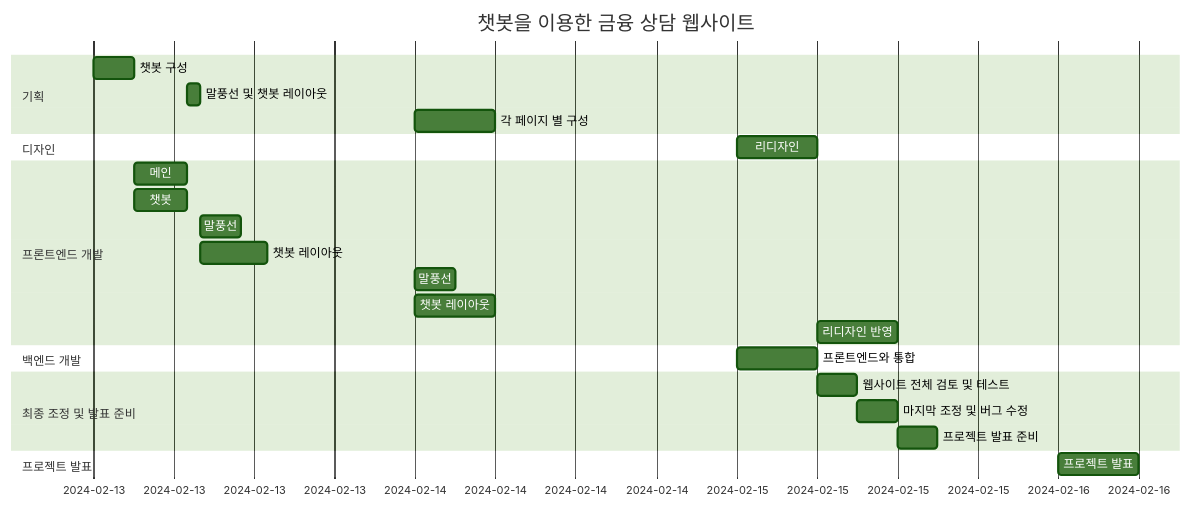
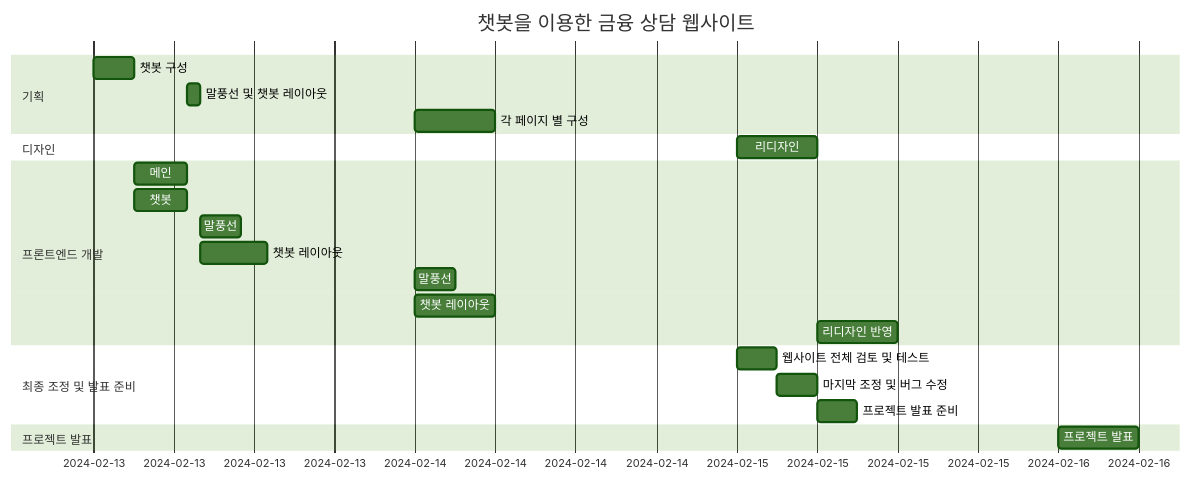
One commit to daisybum/orm-project1 changed the second of 2 diagrams in README.md. Above: the diagram before and after it, drawn with Mermaid (forest theme).

````diff
--- a/README.md
+++ b/README.md
@@ -82,33 +82,30 @@
 ```mermaid
 gantt
     dateFormat  YYYY-MM-DD
     title       챗봇을 이용한 금융 상담 웹사이트
 
     section 기획
     챗봇 구성                         :          des1, 2024-02-13, 3h
     말풍선 및 챗봇 레이아웃             :         des2, after des7, 1h
     각 페이지 별 구성                :         des3, 2024-02-14, 6h
 
     section 디자인
     리디자인                         :          des4, 2024-02-15, 6h
 
     section 프론트엔드 개발
     메인                             :         des7, after des1, 4h
     챗봇                             :         des8, after des1, 4h
     말풍선                           :         des9, after des2, 3h
     챗봇 레이아웃                     :         des10, after des2, 5h
     말풍선                           :         des11, 2024-02-14, 3h
     챗봇 레이아웃                     :         des12, 2024-02-14, 6h
     리디자인 반영                     :         des13, after des4, 6h
 
-    section 백엔드 개발
-    프론트엔드와 통합                 :          des13, 2024-02-15, 6h
-
     section 최종 조정 및 발표 준비
-    웹사이트 전체 검토 및 테스트      :         des14, after des13, 3h
+    웹사이트 전체 검토 및 테스트      :         des14, 2024-02-15, 3h
     마지막 조정 및 버그 수정          :         des15, after des14, 3h
     프로젝트 발표 준비                :         des16, after des15, 3h
 
     section 프로젝트 발표
     프로젝트 발표                     :         des17, 2024-02-16, 6h
 ```
````
